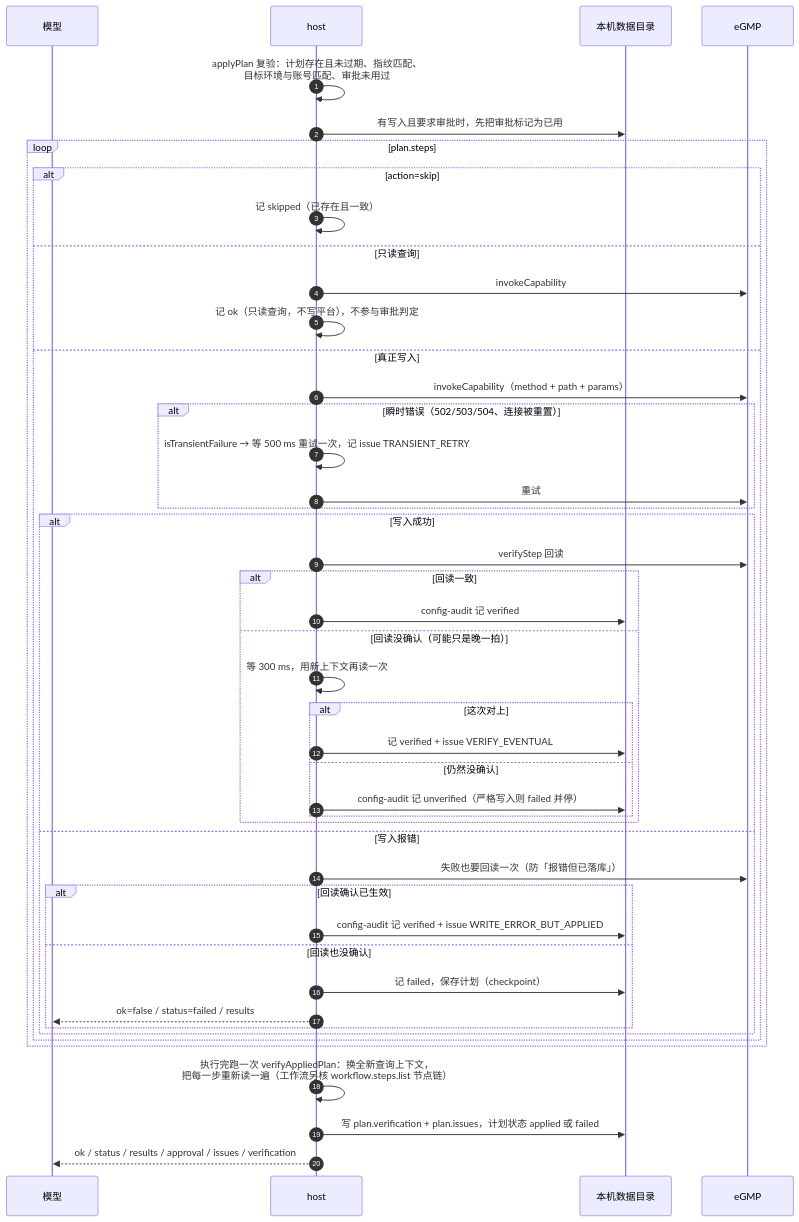
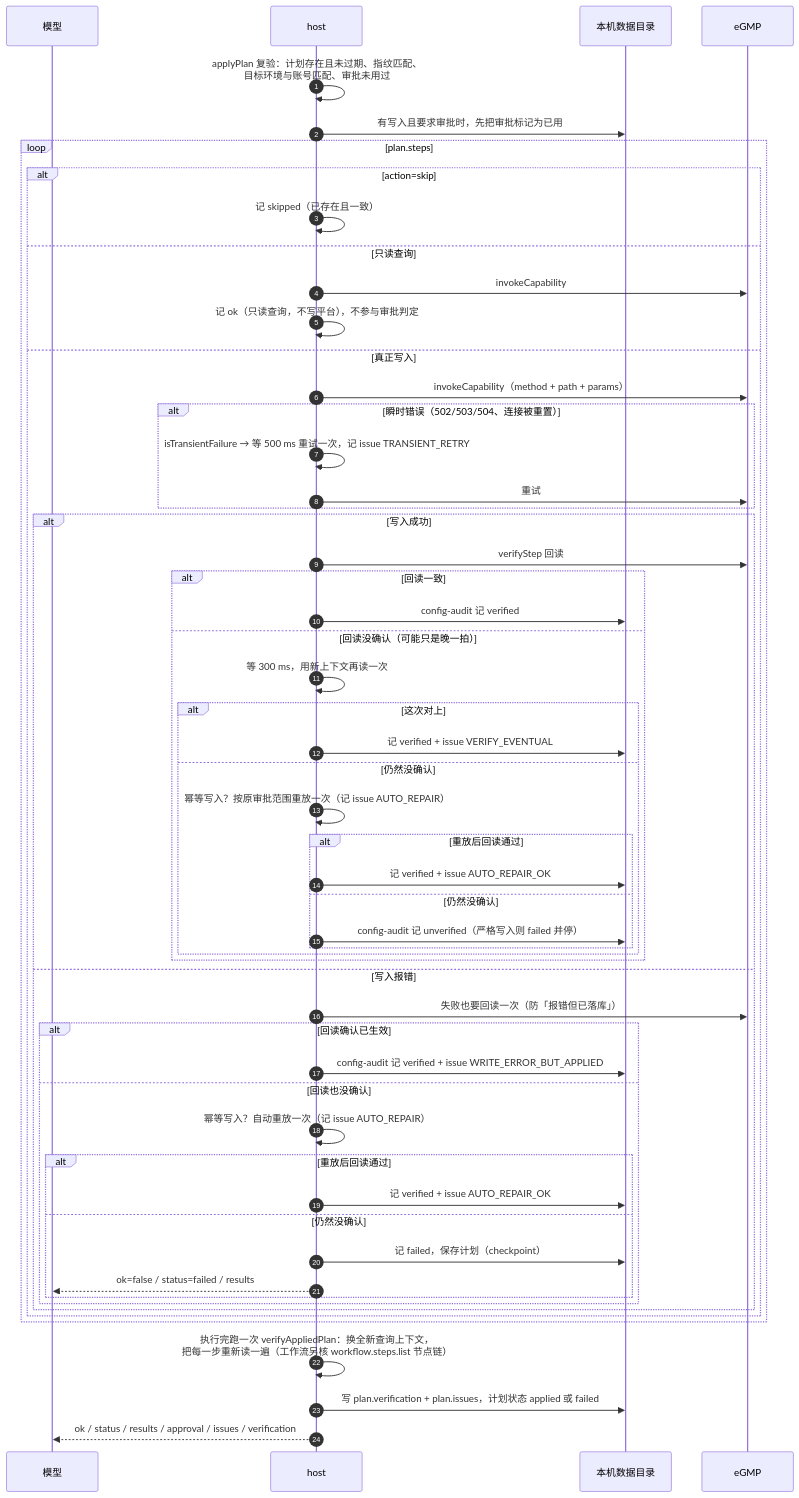
One commit to jizi-dragon/akso-workbench changed the sixth of 8 diagrams in docs/knowledge/agent调用时序.md. Above: the diagram before and after it, drawn with Mermaid. The commit also changed other lines of this file and 9 other files, not shown here.

Commit message:
fix(config): 小错就地修（AUTO_REPAIR）与严格集判据防呆（0.2.19）

````diff
--- a/docs/knowledge/agent调用时序.md
+++ b/docs/knowledge/agent调用时序.md
@@ -299,49 +306,59 @@
 ```mermaid
 sequenceDiagram
     autonumber
     participant A as 模型
     participant H as host
     participant F as 本机数据目录
     participant E as eGMP
 
     H->>H: applyPlan 复验：计划存在且未过期、指纹匹配、<br/>目标环境与账号匹配、审批未用过
     H->>F: 有写入且要求审批时，先把审批标记为已用
     loop plan.steps
         alt action=skip
             H->>H: 记 skipped（已存在且一致）
         else 只读查询
             H->>E: invokeCapability
             H->>H: 记 ok（只读查询，不写平台），不参与审批判定
         else 真正写入
             H->>E: invokeCapability（method + path + params）
             alt 瞬时错误（502/503/504、连接被重置）
                 H->>H: isTransientFailure → 等 500 ms 重试一次，记 issue TRANSIENT_RETRY
                 H->>E: 重试
             end
             alt 写入成功
                 H->>E: verifyStep 回读
                 alt 回读一致
                     H->>F: config-audit 记 verified
                 else 回读没确认（可能只是晚一拍）
                     H->>H: 等 300 ms，用新上下文再读一次
                     alt 这次对上
                         H->>F: 记 verified + issue VERIFY_EVENTUAL
                     else 仍然没确认
-                        H->>F: config-audit 记 unverified（严格写入则 failed 并停）
+                        H->>H: 幂等写入？按原审批范围重放一次（记 issue AUTO_REPAIR）
+                        alt 重放后回读通过
+                            H->>F: 记 verified + issue AUTO_REPAIR_OK
+                        else 仍然没确认
+                            H->>F: config-audit 记 unverified（严格写入则 failed 并停）
+                        end
                     end
                 end
             else 写入报错
                 H->>E: 失败也要回读一次（防「报错但已落库」）
                 alt 回读确认已生效
                     H->>F: config-audit 记 verified + issue WRITE_ERROR_BUT_APPLIED
                 else 回读也没确认
-                    H->>F: 记 failed，保存计划（checkpoint）
-                    H-->>A: ok=false / status=failed / results
+                    H->>H: 幂等写入？自动重放一次（记 issue AUTO_REPAIR）
+                    alt 重放后回读通过
+                        H->>F: 记 verified + issue AUTO_REPAIR_OK
+                    else 仍然没确认
+                        H->>F: 记 failed，保存计划（checkpoint）
+                        H-->>A: ok=false / status=failed / results
+                    end
                 end
             end
         end
     end
     H->>H: 执行完跑一次 verifyAppliedPlan：换全新查询上下文，<br/>把每一步重新读一遍（工作流另核 workflow.steps.list 节点链）
     H->>F: 写 plan.verification + plan.issues，计划状态 applied 或 failed
     H-->>A: ok / status / results / approval / issues / verification
 ```
````
